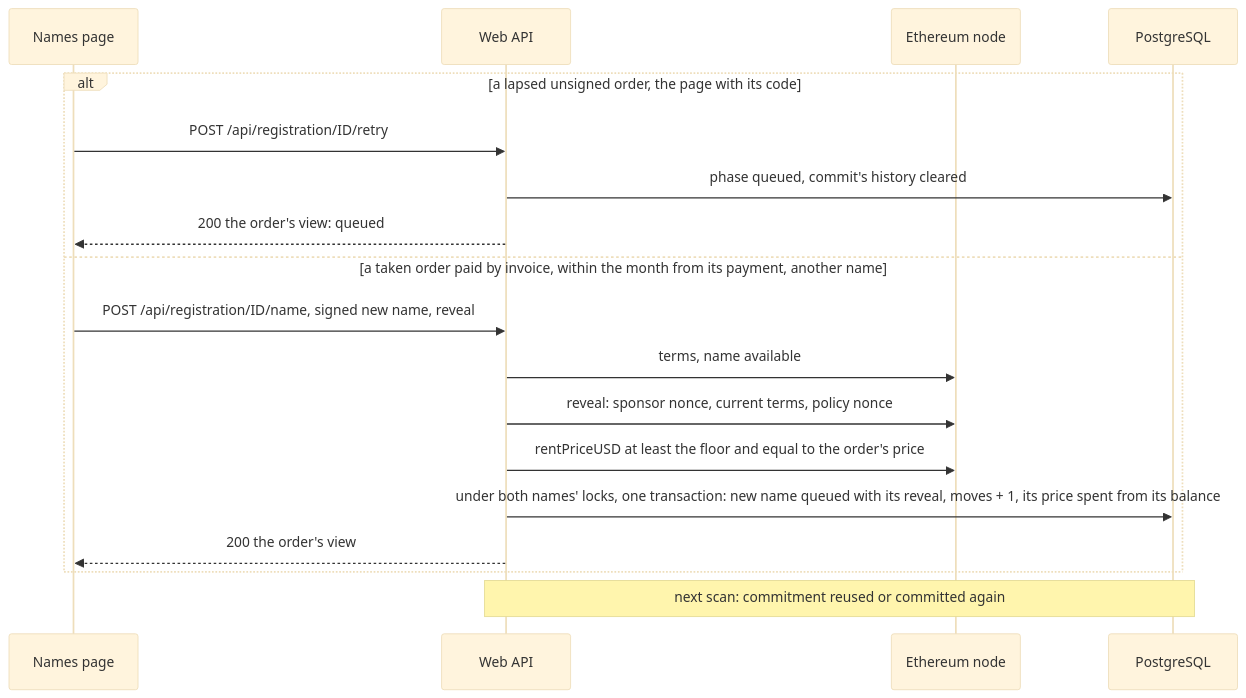
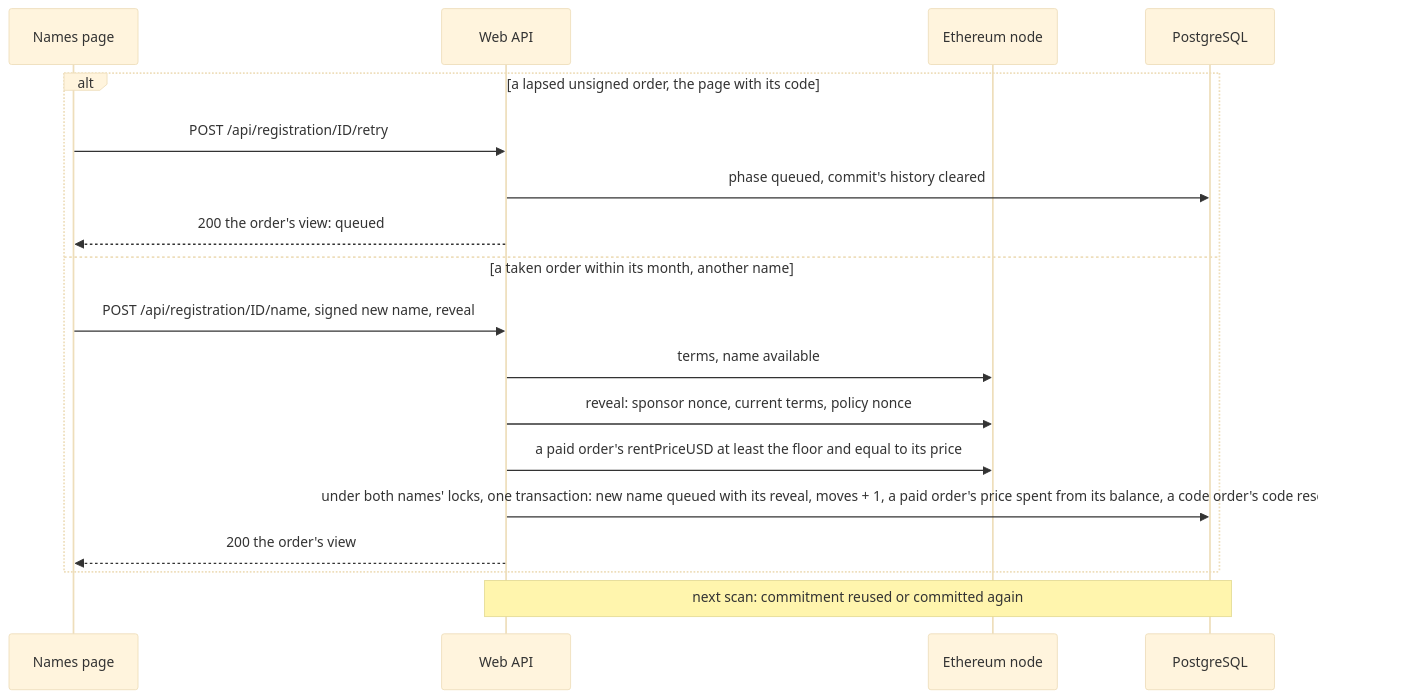
Before and after one commit to simplex-chat/simplex-chat: the seventh of 15 diagrams in apps/simplex-store-service/docs/names.md, drawn with Mermaid (base theme). The commit also changed other lines of this file and 7 other files, not shown here.

Commit message:
names: a taken code order moves to another name on its name code

````diff
--- a/apps/simplex-store-service/docs/names.md
+++ b/apps/simplex-store-service/docs/names.md
@@ -409,20 +409,20 @@
 ```mermaid
 sequenceDiagram
   participant P as Names page
   participant W as Web API
   participant E as Ethereum node
   participant D as PostgreSQL
   alt a lapsed unsigned order, the page with its code
     P->>W: POST /api/registration/ID/retry
     W->>D: phase queued, commit's history cleared
     W-->>P: 200 the order's view: queued
-  else a taken order paid by invoice, within the month from its payment, another name
+  else a taken order within its month, another name
     P->>W: POST /api/registration/ID/name, signed new name, reveal
     W->>E: terms, name available
     W->>E: reveal: sponsor nonce, current terms, policy nonce
-    W->>E: rentPriceUSD at least the floor and equal to the order's price
-    W->>D: under both names' locks, one transaction: new name queued with its reveal, moves + 1, its price spent from its balance
+    W->>E: a paid order's rentPriceUSD at least the floor and equal to its price
+    W->>D: under both names' locks, one transaction: new name queued with its reveal, moves + 1, a paid order's price spent from its balance, a code order's code reserved again
     W-->>P: 200 the order's view
   end
   Note over W,D: next scan: commitment reused or committed again
 ```
````
